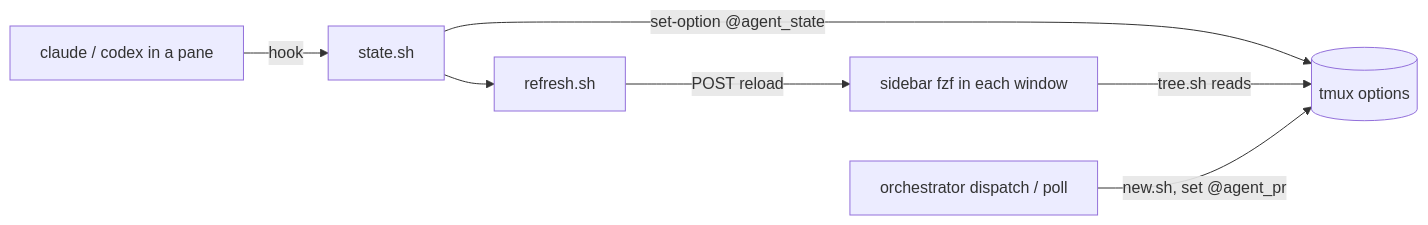
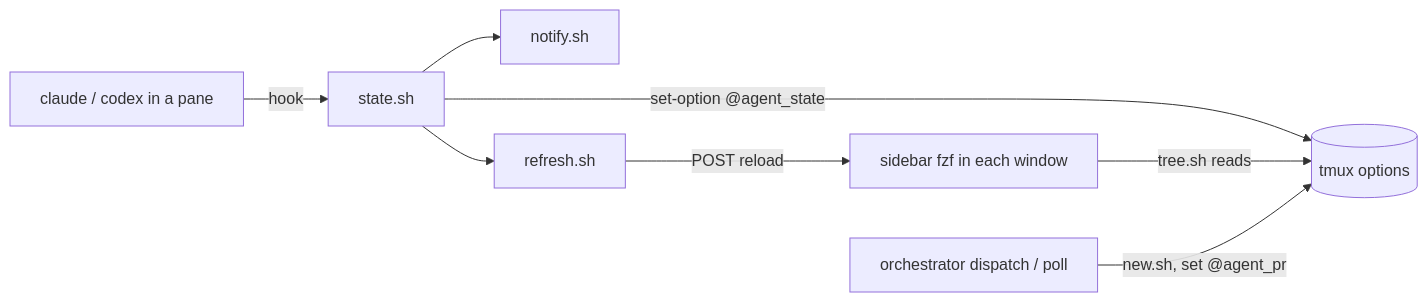
One commit to xdgetech/muxa changed the diagram in PLAN.md. Above: the diagram before and after it, drawn with Mermaid. The commit also changed other lines of this file and 20 other files, not shown here.

````diff
--- a/PLAN.md
+++ b/PLAN.md
@@ -180,9 +183,10 @@
 ```mermaid
 flowchart LR
   A[claude / codex in a pane] -- hook --> S[state.sh]
   S -- set-option @agent_state --> T[(tmux options)]
+  S --> N[notify.sh]
   S --> R[refresh.sh]
   R -- POST reload --> F[sidebar fzf in each window]
   F -- tree.sh reads --> T
   O[orchestrator dispatch / poll] -- new.sh, set @agent_pr --> T
 ```
````
